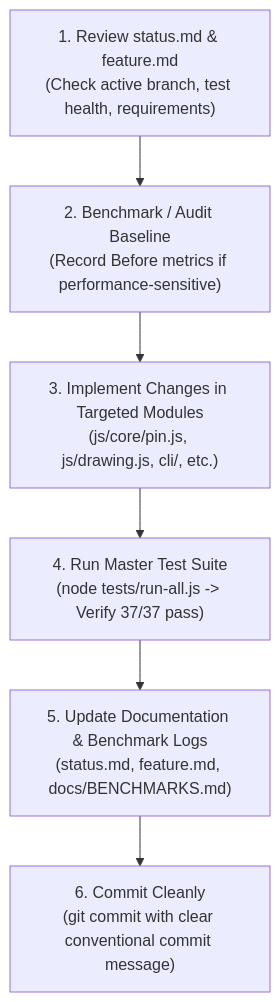
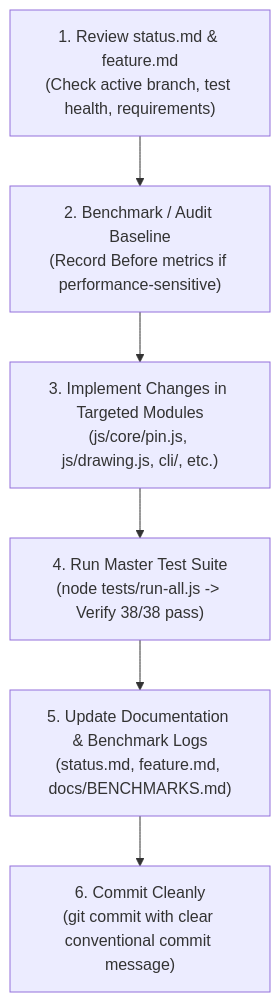
Before and after one commit to 4waymedia/investigative-board: the diagram in CLAUDE.md, drawn with Mermaid. The commit also changed other lines of this file and 8 other files, not shown here.

Commit message:
docs(audit): sync README, CLAUDE, agent docs & wire data-flow options in Connection Modal & MCP

````diff
--- a/CLAUDE.md
+++ b/CLAUDE.md
@@ -143,8 +144,8 @@
 ```mermaid
 flowchart TD
     Step1["1. Review status.md & feature.md\n(Check active branch, test health, requirements)"] --> Step2["2. Benchmark / Audit Baseline\n(Record Before metrics if performance-sensitive)"]
     Step2 --> Step3["3. Implement Changes in Targeted Modules\n(js/core/pin.js, js/drawing.js, cli/, etc.)"]
-    Step3 --> Step4["4. Run Master Test Suite\n(node tests/run-all.js -> Verify 37/37 pass)"]
+    Step3 --> Step4["4. Run Master Test Suite\n(node tests/run-all.js -> Verify 38/38 pass)"]
     Step4 --> Step5["5. Update Documentation & Benchmark Logs\n(status.md, feature.md, docs/BENCHMARKS.md)"]
     Step5 --> Step6["6. Commit Cleanly\n(git commit with clear conventional commit message)"]
 ```
````
